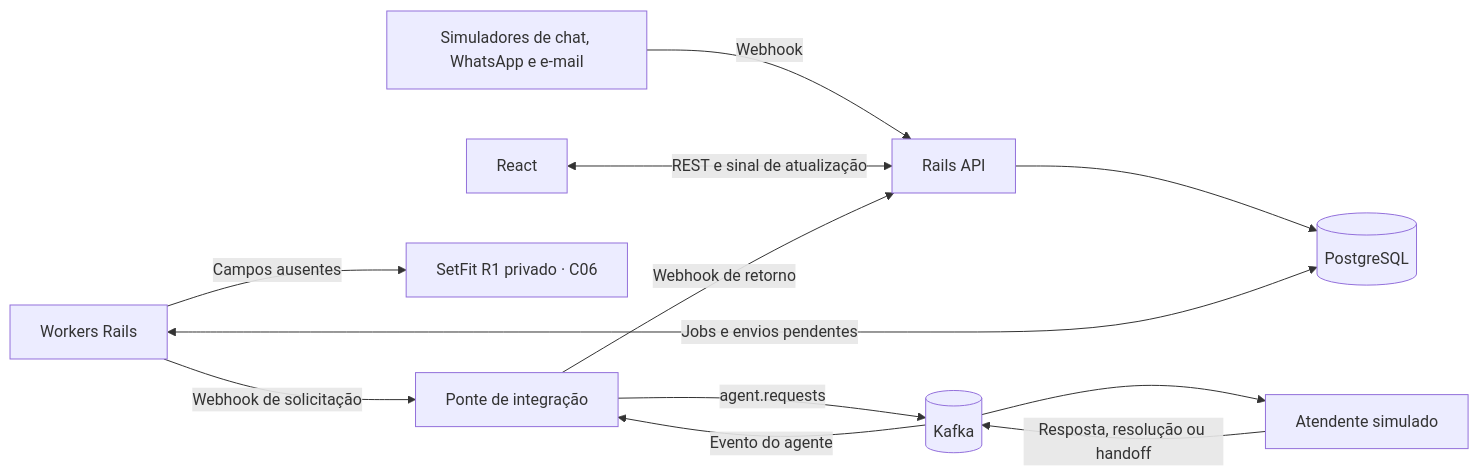
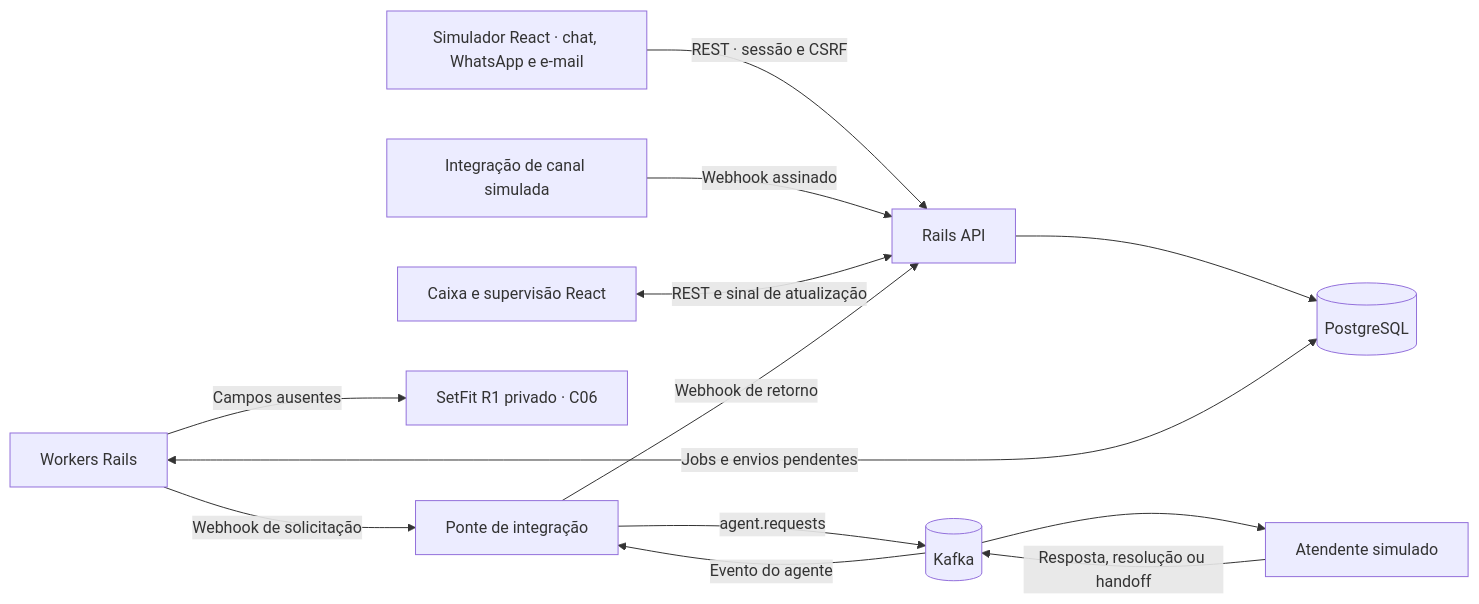
Before and after one commit to leeunam/case-CLOUDWALK-IA: the first of 2 diagrams in docs/planejamento/especificacao-mvp.md, drawn with Mermaid. The commit also changed other lines of this file and 48 other files, not shown here.

````diff
--- a/docs/planejamento/especificacao-mvp.md
+++ b/docs/planejamento/especificacao-mvp.md
@@ -69,14 +71,15 @@
 ```mermaid
 flowchart LR
-    Sim[Simuladores de chat, WhatsApp e e-mail] -->|Webhook| API[Rails API]
-    UI[React] <-->|REST e sinal de atualização| API
+    Sim[Simulador React · chat, WhatsApp e e-mail] -->|REST · sessão e CSRF| API[Rails API]
+    Canal[Integração de canal simulada] -->|Webhook assinado| API
+    UI[Caixa e supervisão React] <-->|REST e sinal de atualização| API
     API --> PG[(PostgreSQL)]
     Worker[Workers Rails] <-->|Jobs e envios pendentes| PG
     Worker -->|Campos ausentes| SetFit[SetFit R1 privado · C06]
     Worker -->|Webhook de solicitação| Ponte[Ponte de integração]
     Ponte -->|agent.requests| MQ[(Kafka)]
     MQ --> Mock[Atendente simulado]
     Mock -->|Resposta, resolução ou handoff| MQ
     MQ -->|Evento do agente| Ponte
     Ponte -->|Webhook de retorno| API
 ```
````
